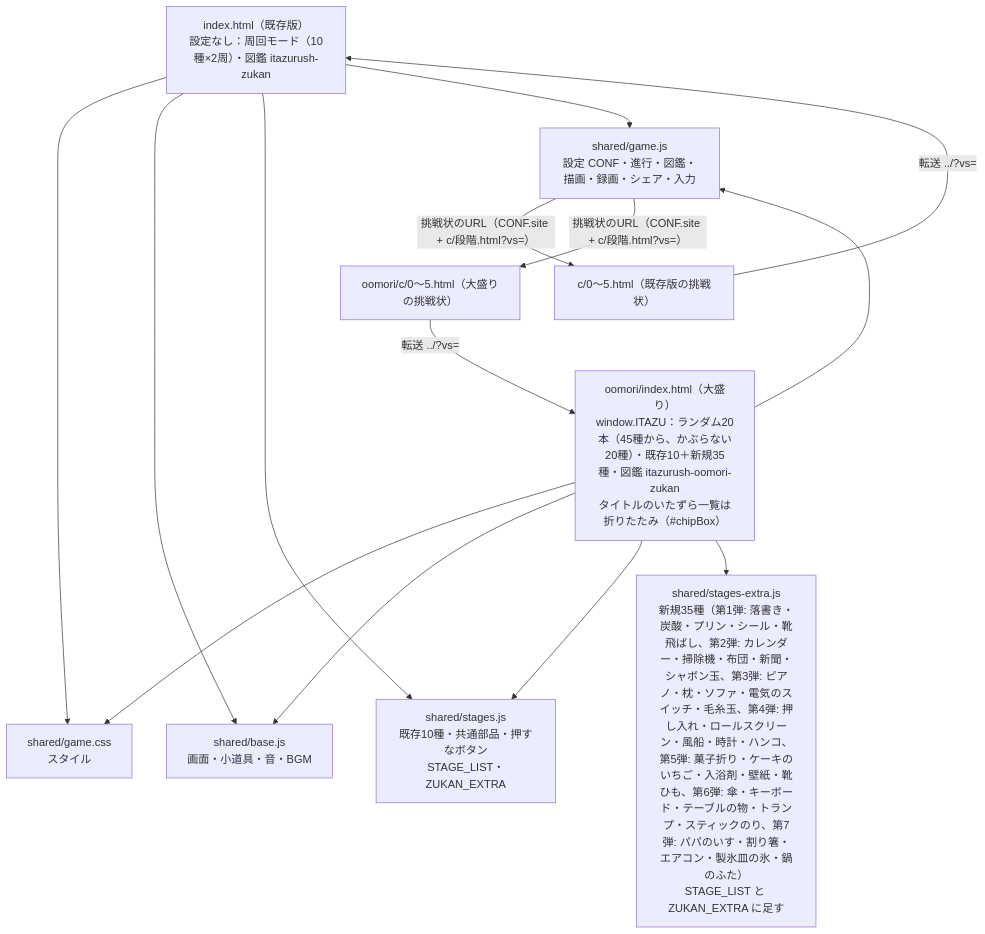
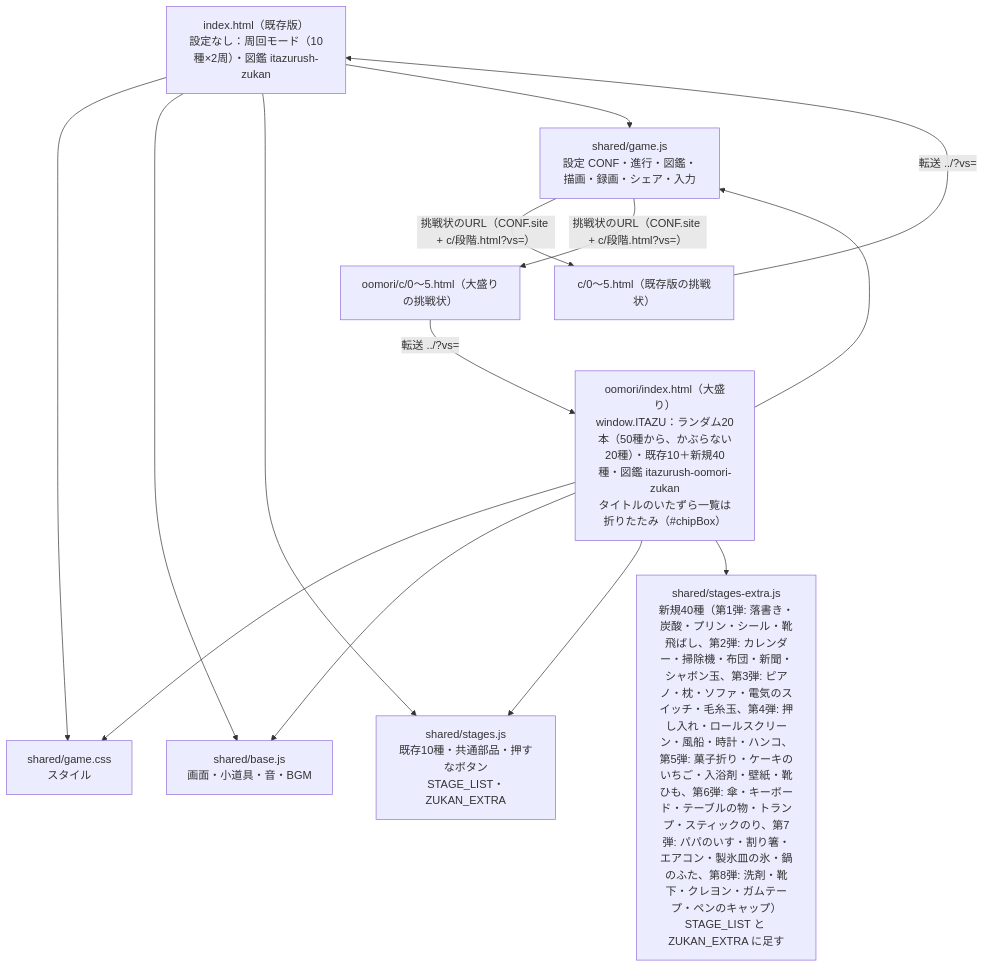
The first of 2 diagrams in docs/architecture.md (sakuichi/itazu-rush), drawn with Mermaid before and after one commit. The commit also changed 10 other files, not shown here.

Commit message:
大盛り！第8弾：洗剤・靴下・クレヨン・ガムテープ・ペンのキャップを追加（全50種）

````diff
--- a/docs/architecture.md
+++ b/docs/architecture.md
@@ -10,17 +10,17 @@
 ```mermaid
 flowchart TD
   P1["index.html（既存版）<br>設定なし：周回モード（10種×2周）・図鑑 itazurush-zukan"]
-  P2["oomori/index.html（大盛り）<br>window.ITAZU：ランダム20本（45種から、かぶらない20種）・既存10＋新規35種・図鑑 itazurush-oomori-zukan<br>タイトルのいたずら一覧は折りたたみ（#chipBox）"]
+  P2["oomori/index.html（大盛り）<br>window.ITAZU：ランダム20本（50種から、かぶらない20種）・既存10＋新規40種・図鑑 itazurush-oomori-zukan<br>タイトルのいたずら一覧は折りたたみ（#chipBox）"]
   CSS["shared/game.css<br>スタイル"]
   BASE["shared/base.js<br>画面・小道具・音・BGM"]
   ST["shared/stages.js<br>既存10種・共通部品・押すなボタン<br>STAGE_LIST・ZUKAN_EXTRA"]
-  EX["shared/stages-extra.js<br>新規35種（第1弾: 落書き・炭酸・プリン・シール・靴飛ばし、第2弾: カレンダー・掃除機・布団・新聞・シャボン玉、第3弾: ピアノ・枕・ソファ・電気のスイッチ・毛糸玉、第4弾: 押し入れ・ロールスクリーン・風船・時計・ハンコ、第5弾: 菓子折り・ケーキのいちご・入浴剤・壁紙・靴ひも、第6弾: 傘・キーボード・テーブルの物・トランプ・スティックのり、第7弾: パパのいす・割り箸・エアコン・製氷皿の氷・鍋のふた）<br>STAGE_LIST と ZUKAN_EXTRA に足す"]
+  EX["shared/stages-extra.js<br>新規40種（第1弾: 落書き・炭酸・プリン・シール・靴飛ばし、第2弾: カレンダー・掃除機・布団・新聞・シャボン玉、第3弾: ピアノ・枕・ソファ・電気のスイッチ・毛糸玉、第4弾: 押し入れ・ロールスクリーン・風船・時計・ハンコ、第5弾: 菓子折り・ケーキのいちご・入浴剤・壁紙・靴ひも、第6弾: 傘・キーボード・テーブルの物・トランプ・スティックのり、第7弾: パパのいす・割り箸・エアコン・製氷皿の氷・鍋のふた、第8弾: 洗剤・靴下・クレヨン・ガムテープ・ペンのキャップ）<br>STAGE_LIST と ZUKAN_EXTRA に足す"]
   GAME["shared/game.js<br>設定 CONF・進行・図鑑・描画・録画・シェア・入力"]
   CH1["c/0〜5.html（既存版の挑戦状）"]
   CH2["oomori/c/0〜5.html（大盛りの挑戦状）"]
   P1 --> CSS & BASE & ST & GAME
   P2 --> CSS & BASE & ST & EX & GAME
   GAME -- "挑戦状のURL（CONF.site + c/段階.html?vs=）" --> CH1 & CH2
   CH1 -- "転送 ../?vs=" --> P1
   CH2 -- "転送 ../?vs=" --> P2
 ```
````
